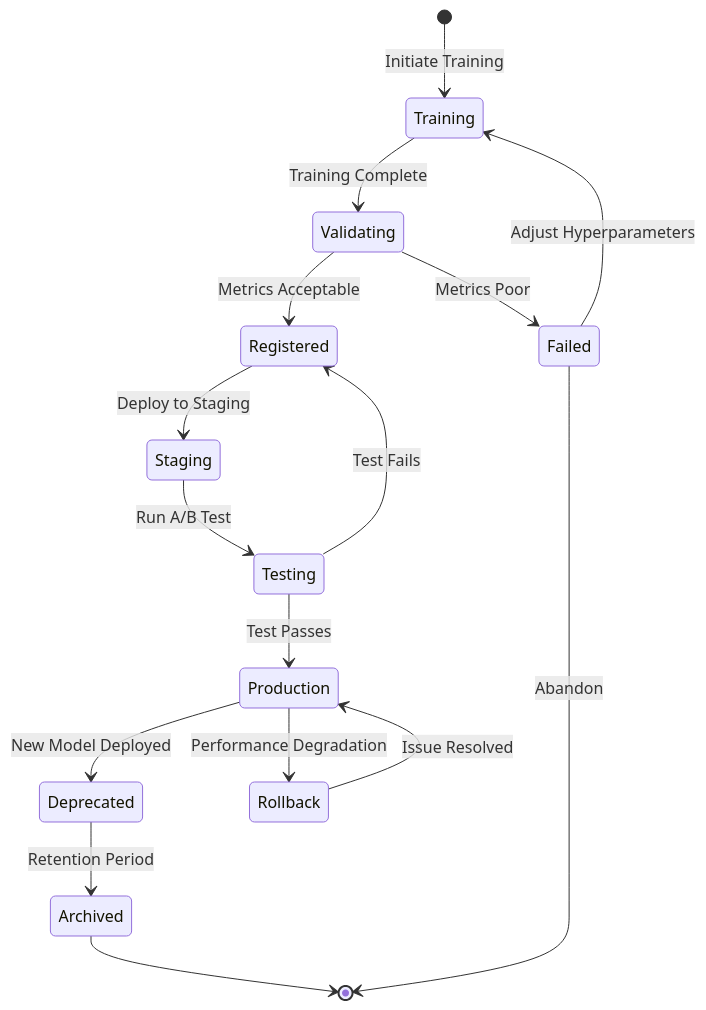
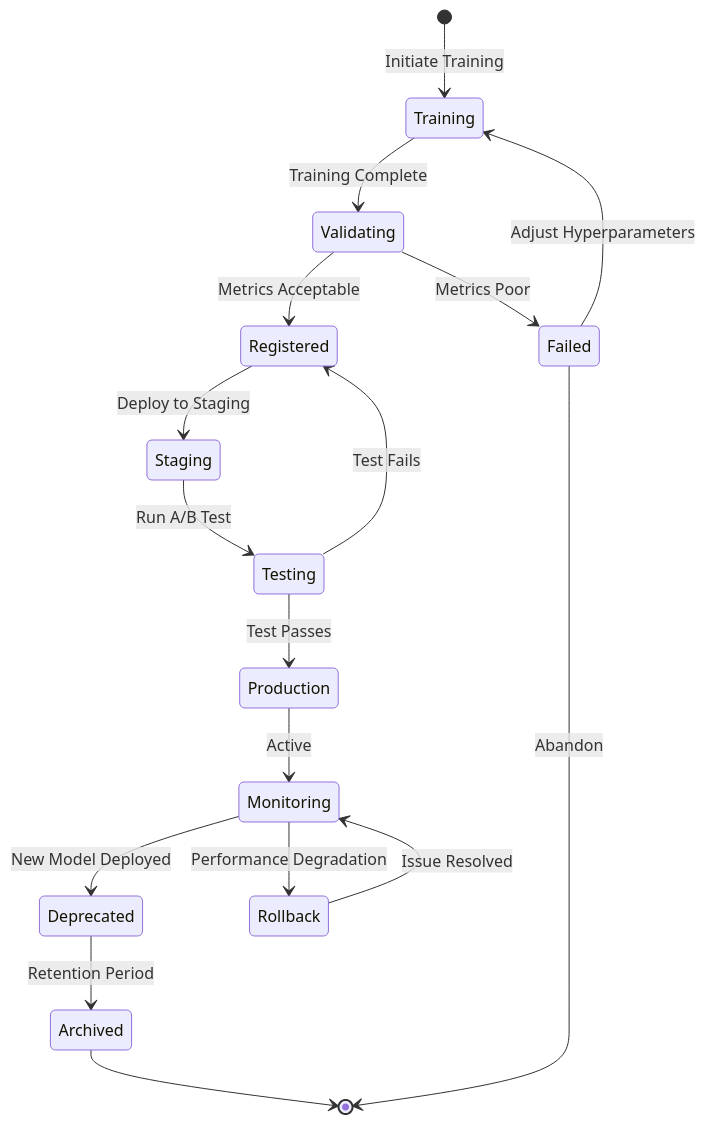
The first of 4 diagrams in Smart Recommendation Engine/detailed-design/state-machine-diagram.md (0Ankit0/Project-Ideas), drawn with Mermaid before and after one commit. The commit also changed 18 other files, not shown here.

````diff
--- a/Smart Recommendation Engine/detailed-design/state-machine-diagram.md
+++ b/Smart Recommendation Engine/detailed-design/state-machine-diagram.md
@@ -5,22 +5,23 @@
 ```mermaid
 stateDiagram-v2
     [*] --> Training: Initiate Training
     Training --> Validating: Training Complete
     Validating --> Registered: Metrics Acceptable
     Validating --> Failed: Metrics Poor
     
     Failed --> Training: Adjust Hyperparameters
     Failed --> [*]: Abandon
     
     Registered --> Staging: Deploy to Staging
     Staging --> Testing: Run A/B Test
     Testing --> Production: Test Passes
     Testing --> Registered: Test Fails
     
-    Production --> Deprecated: New Model Deployed
-    Production --> Rollback: Performance Degradation
+    Production --> Monitoring: Active
+    Monitoring --> Deprecated: New Model Deployed
+    Monitoring --> Rollback: Performance Degradation
     
-    Rollback --> Production: Issue Resolved
+    Rollback --> Monitoring: Issue Resolved
     Deprecated --> Archived: Retention Period
     Archived --> [*]
 ```
````
